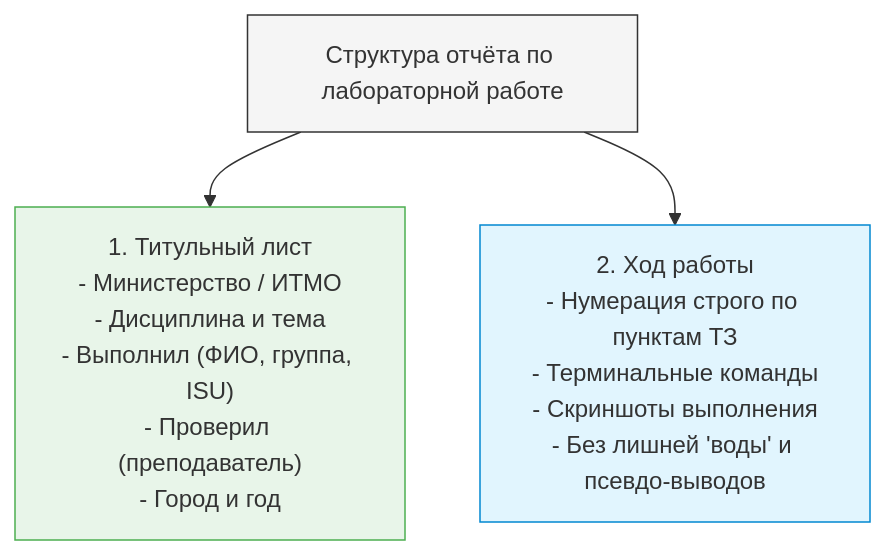
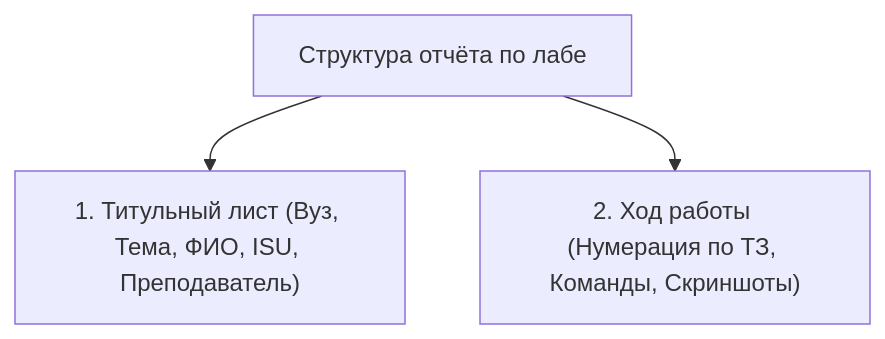
One commit to bprm60-del/ITMO_IS_lectory changed the second of 3 diagrams in ИСПРО/README.md. Above: the diagram before and after it, drawn with Mermaid. The commit also changed other lines of this file and 4 other files, not shown here.

````diff
--- a/ИСПРО/README.md
+++ b/ИСПРО/README.md
@@ -37,9 +31,5 @@
 ```mermaid
-flowchart TD
-    Report["Структура отчёта по лабораторной работе"] --> Part1["1. Титульный лист<br/>- Министерство / ИТМО<br/>- Дисциплина и тема<br/>- Выполнил (ФИО, группа, ISU)<br/>- Проверил (преподаватель)<br/>- Город и год"]
-    Report --> Part2["2. Ход работы<br/>- Нумерация строго по пунктам ТЗ<br/>- Терминальные команды<br/>- Скриншоты выполнения<br/>- Без лишней 'воды' и псевдо-выводов"]
-    
-    style Report fill:#f5f5f5,stroke:#333
-    style Part1 fill:#e8f5e9,stroke:#4caf50
-    style Part2 fill:#e1f5fe,stroke:#0288d1
+graph TD
+    Report["Структура отчёта по лабе"] --> Part1["1. Титульный лист (Вуз, Тема, ФИО, ISU, Преподаватель)"]
+    Report --> Part2["2. Ход работы (Нумерация по ТЗ, Команды, Скриншоты)"]
 ```
````
